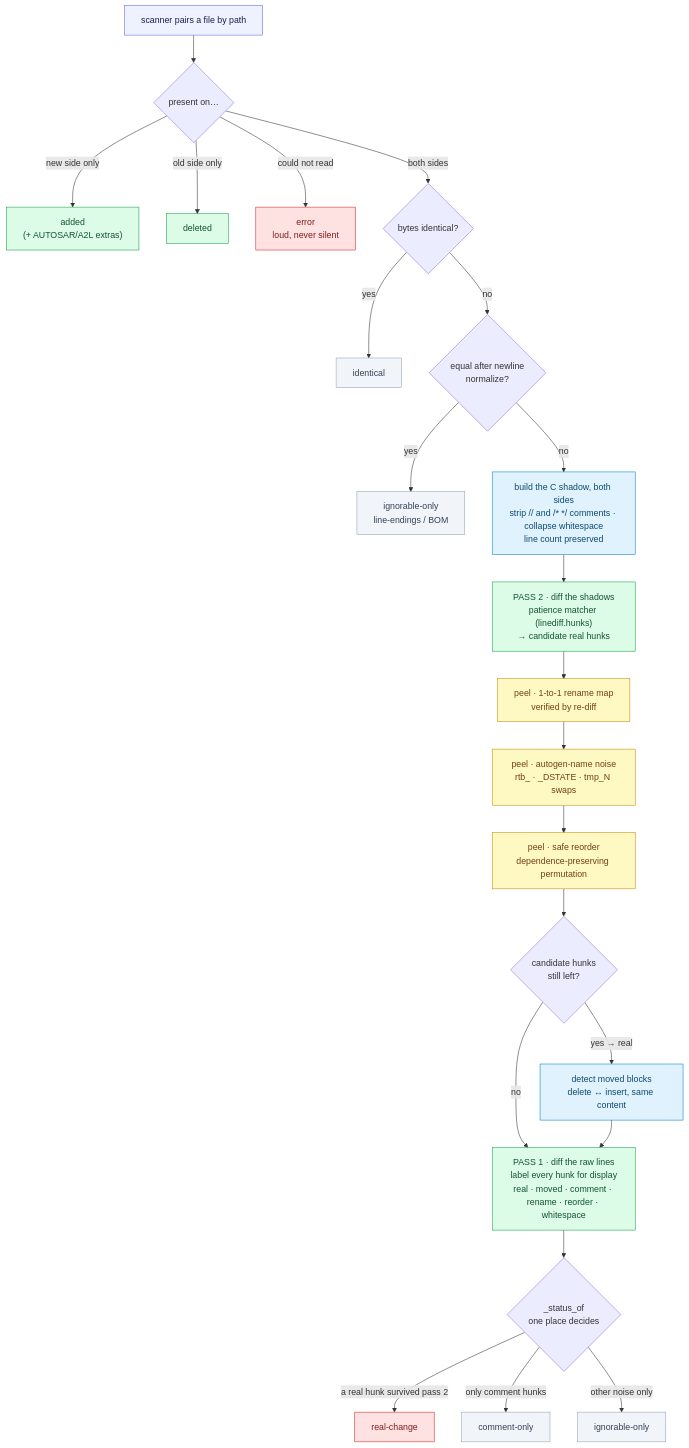
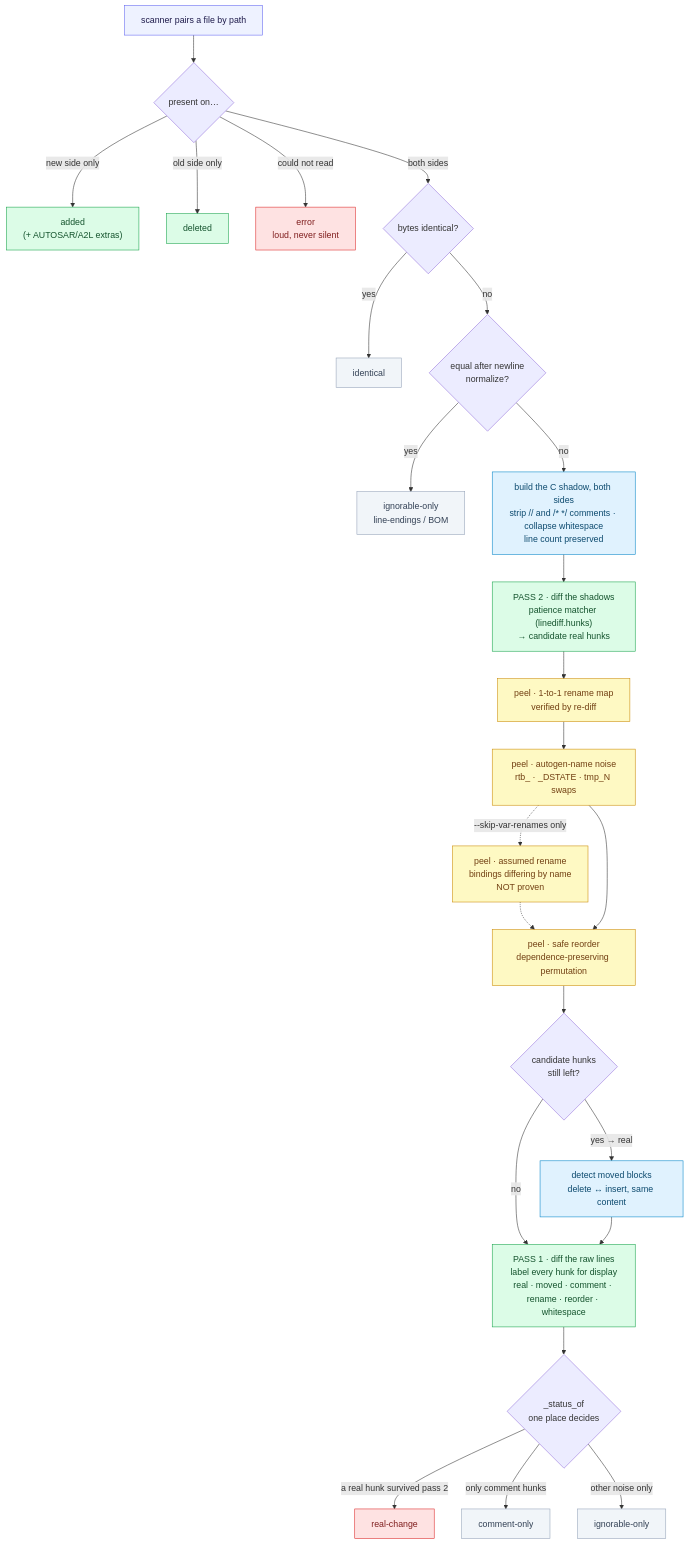
One commit to longvo92/codegen-compare-tool changed the second of 2 diagrams in docs/architecture.md. Above: the diagram before and after it, drawn with Mermaid. The commit also changed other lines of this file and 17 other files, not shown here.

First line of the commit message:
feat: add --skip-var-renames quick check

````diff
--- a/docs/architecture.md
+++ b/docs/architecture.md
@@ -117,37 +122,39 @@
 ```mermaid
 flowchart TD
     START["scanner pairs a file by path"]:::io --> DISP{"present on…"}
     DISP -- "new side only" --> ADD["added<br/>(+ AUTOSAR/A2L extras)"]:::green
     DISP -- "old side only" --> DEL["deleted"]:::green
     DISP -- "could not read" --> ERR["error<br/>loud, never silent"]:::red
     DISP -- "both sides" --> EQ{"bytes identical?"}
 
     EQ -- "yes" --> IDENT["identical"]:::grey
     EQ -- "no" --> EOL{"equal after newline<br/>normalize?"}
     EOL -- "yes" --> LEN["ignorable-only<br/>line-endings / BOM"]:::grey
     EOL -- "no" --> SHA["build the C shadow, both sides<br/>strip // and /* */ comments · collapse whitespace<br/>line count preserved"]:::step
 
     SHA --> P2["PASS 2 · diff the shadows<br/>patience matcher (linediff.hunks)<br/>→ candidate real hunks"]:::pass
     P2 --> F1["peel · 1-to-1 rename map<br/>verified by re-diff"]:::filter
     F1 --> F2["peel · autogen-name noise<br/>rtb_ · _DSTATE · tmp_N swaps"]:::filter
+    F2 -. "--skip-var-renames only" .-> FQ["peel · assumed rename<br/>bindings differing by name<br/>NOT proven"]:::filter
+    FQ -.-> F3
     F2 --> F3["peel · safe reorder<br/>dependence-preserving permutation"]:::filter
     F3 --> REM{"candidate hunks<br/>still left?"}
 
     REM -- "yes → real" --> MOV["detect moved blocks<br/>delete ↔ insert, same content"]:::step
     REM -- "no" --> P1
     MOV --> P1
 
     P1["PASS 1 · diff the raw lines<br/>label every hunk for display<br/>real · moved · comment · rename · reorder · whitespace"]:::pass --> VER{"_status_of<br/>one place decides"}
 
     VER -- "a real hunk survived pass 2" --> RC["real-change"]:::red
     VER -- "only comment hunks" --> CMT["comment-only"]:::grey
     VER -- "other noise only" --> IGN["ignorable-only"]:::grey
 
     classDef io fill:#eef2ff,stroke:#6366f1,color:#1e1b4b;
     classDef step fill:#e0f2fe,stroke:#0284c7,color:#0c4a6e;
     classDef pass fill:#dcfce7,stroke:#16a34a,color:#14532d;
     classDef filter fill:#fef9c3,stroke:#ca8a04,color:#713f12;
     classDef red fill:#fee2e2,stroke:#dc2626,color:#7f1d1d;
     classDef grey fill:#f1f5f9,stroke:#94a3b8,color:#334155;
     classDef green fill:#dcfce7,stroke:#16a34a,color:#14532d;
 ```
````
